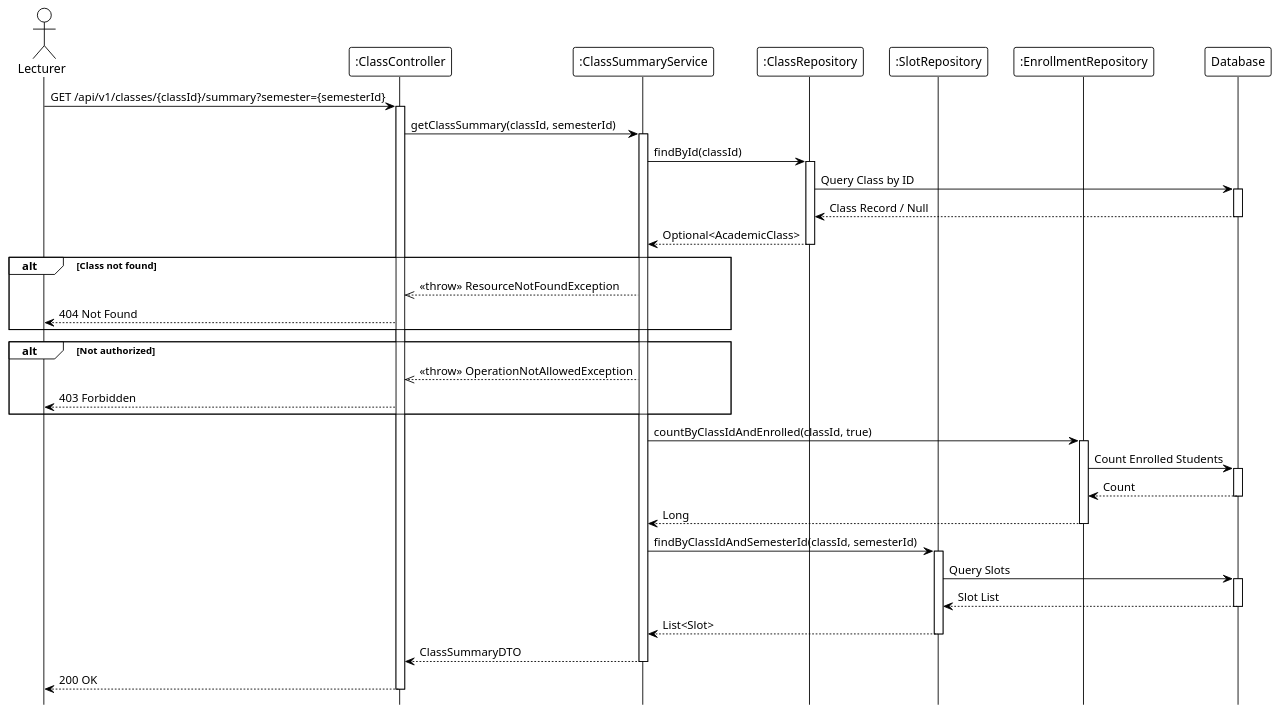
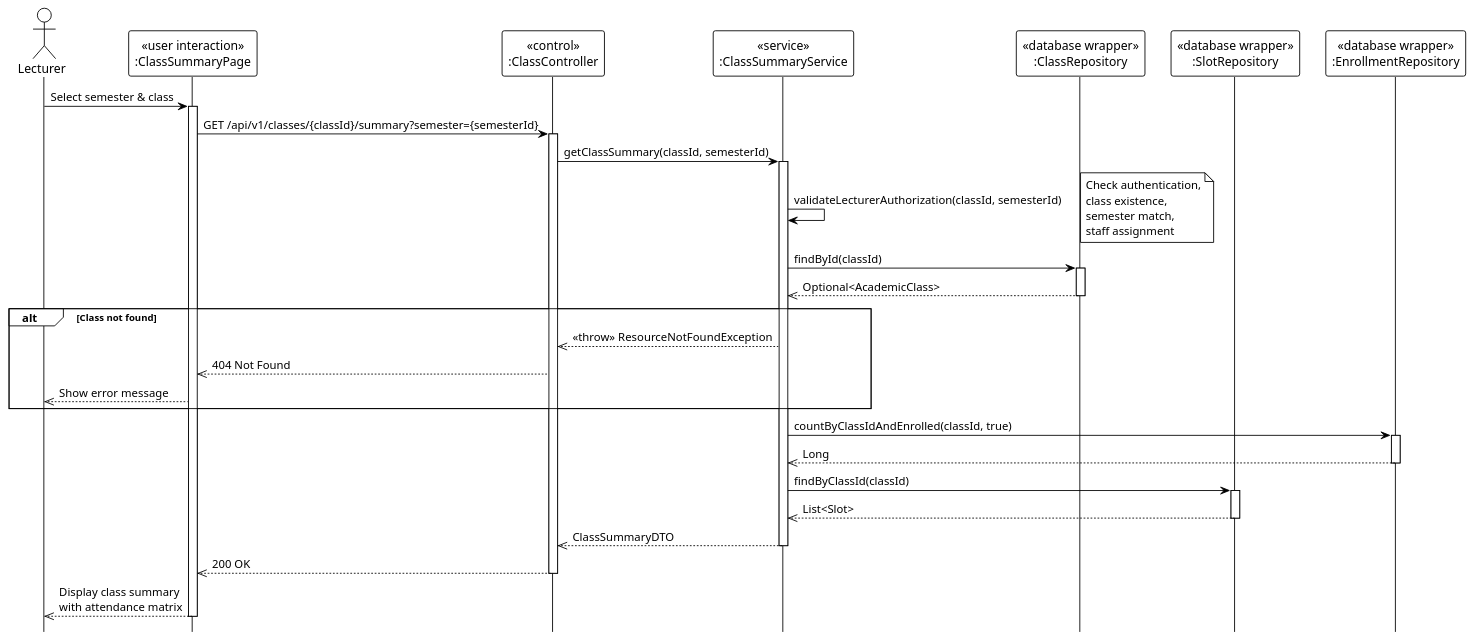
One commit to Ndh474/context changed the diagram in system_detailed_design/71_view_class_summary/sequence_diagram_view_class_summary.puml. Above: the diagram before and after it, drawn with PlantUML. The commit also changed 13 other files, not shown here.

Commit message:
docs(system_detailed_design): add UML stereotypes to view and scanning sequence diagrams

```diff
--- a/system_detailed_design/71_view_class_summary/sequence_diagram_view_class_summary.puml
+++ b/system_detailed_design/71_view_class_summary/sequence_diagram_view_class_summary.puml
@@ -1,76 +1,61 @@
 @startuml view_class_summary
 !theme plain
 hide footbox
 
-actor Lecturer
-participant ":ClassController" as Controller
-participant ":ClassSummaryService" as Service
-participant ":ClassRepository" as ClassRepo
-participant ":SlotRepository" as SlotRepo
-participant ":EnrollmentRepository" as EnrollmentRepo
-participant "Database" as DB
+actor "Lecturer" as Lecturer
 
-' --- MAIN FLOW ---
-Lecturer -> Controller: GET /api/v1/classes/{classId}/summary?semester={semesterId}
+participant "«user interaction»\n:ClassSummaryPage" as UI
+participant "«control»\n:ClassController" as Controller
+participant "«service»\n:ClassSummaryService" as Service
+participant "«database wrapper»\n:ClassRepository" as ClassRepo
+participant "«database wrapper»\n:SlotRepository" as SlotRepo
+participant "«database wrapper»\n:EnrollmentRepository" as EnrollmentRepo
+
+' === MAIN FLOW ===
+Lecturer -> UI: Select semester & class
+activate UI
+
+UI -> Controller: GET /api/v1/classes/{classId}/summary?semester={semesterId}
 activate Controller
 
 Controller -> Service: getClassSummary(classId, semesterId)
 activate Service
 
-' --- VALIDATE AUTHORIZATION ---
+' === AUTHORIZATION ===
+Service -> Service: validateLecturerAuthorization(classId, semesterId)
+note right: Check authentication,\nclass existence,\nsemester match,\nstaff assignment
+
+' === GET CLASS INFO ===
 Service -> ClassRepo: findById(classId)
 activate ClassRepo
-
-ClassRepo -> DB: Query Class by ID
-activate DB
-DB --> ClassRepo: Class Record / Null
-deactivate DB
-
-ClassRepo --> Service: Optional<AcademicClass>
+ClassRepo -->> Service: Optional<AcademicClass>
 deactivate ClassRepo
 
 alt Class not found
     Service -->> Controller: <<throw>> ResourceNotFoundException
-    Controller --> Lecturer: 404 Not Found
+    Controller -->> UI: 404 Not Found
+    UI -->> Lecturer: Show error message
 end
 
-' Authorization logic (internal: check class in semester, check staff assignment)
-
-alt Not authorized
-    Service -->> Controller: <<throw>> OperationNotAllowedException
-    Controller --> Lecturer: 403 Forbidden
-end
-
-' Get enrollment summary (internal)
-
+' === GET ENROLLMENT SUMMARY ===
 Service -> EnrollmentRepo: countByClassIdAndEnrolled(classId, true)
 activate EnrollmentRepo
-
-EnrollmentRepo -> DB: Count Enrolled Students
-activate DB
-DB --> EnrollmentRepo: Count
-deactivate DB
-
-EnrollmentRepo --> Service: Long
+EnrollmentRepo -->> Service: Long
 deactivate EnrollmentRepo
 
-' Get slot list and attendance statistics (internal)
-
-Service -> SlotRepo: findByClassIdAndSemesterId(classId, semesterId)
+' === GET SLOTS FOR MATRIX ===
+Service -> SlotRepo: findByClassId(classId)
 activate SlotRepo
-
-SlotRepo -> DB: Query Slots
-activate DB
-DB --> SlotRepo: Slot List
-deactivate DB
-
-SlotRepo --> Service: List<Slot>
+SlotRepo -->> Service: List<Slot>
 deactivate SlotRepo
 
-Service --> Controller: ClassSummaryDTO
+Service -->> Controller: ClassSummaryDTO
 deactivate Service
 
-Controller --> Lecturer: 200 OK
+Controller -->> UI: 200 OK
 deactivate Controller
 
+UI -->> Lecturer: Display class summary\nwith attendance matrix
+deactivate UI
+
 @enduml
```
